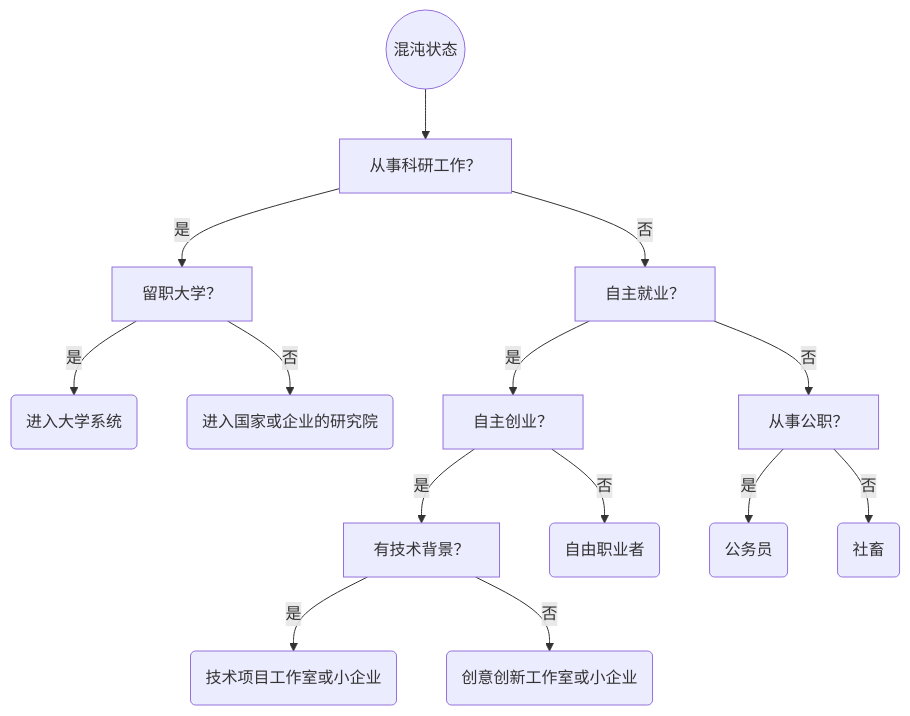
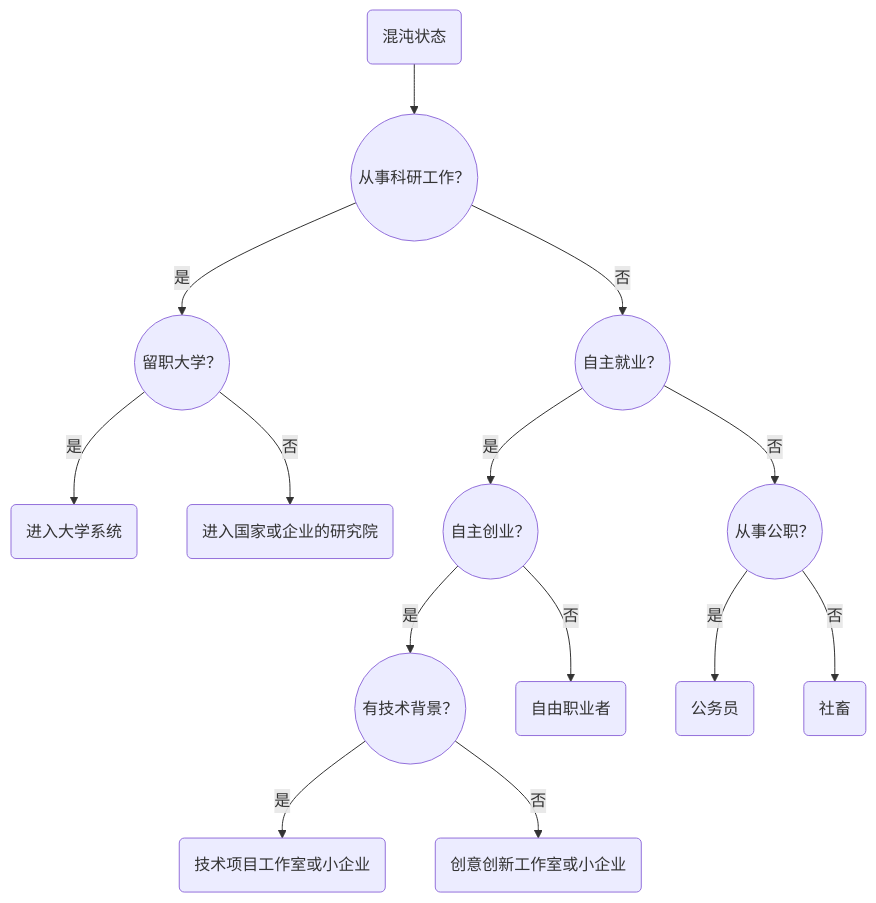
One commit to Riumin/espresso-matrix changed the diagram in _posts/2019-07-21-instruction-manual.md. Above: the diagram before and after it, drawn with Mermaid. The commit also changed other lines of this file and 313 other files, not shown here.

```diff
--- a/_posts/2019-07-21-instruction-manual.md
+++ b/_posts/2019-07-21-instruction-manual.md
@@ -144,17 +151,17 @@
 <div class="mermaid" align="center">
 graph TD
-id1(("混沌状态"))
-id1-->id2["从事科研工作？"]
-id2 --是--> id3["留职大学？"]
-id2 --否--> idd["自主就业？"]
+id1("混沌状态")
+id1-->id2(("从事科研工作？"))
+id2 --是--> id3(("留职大学？"))
+id2 --否--> idd(("自主就业？"))
 id3 --是--> id5("进入大学系统")
 id3 --否--> id6("进入国家或企业的研究院")
-idd --是--> id4["自主创业？"]
-id4 --是--> id7["有技术背景？"]
-idd --否--> id8["从事公职？"]
+idd --是--> id4(("自主创业？"))
+id4 --是--> id7(("有技术背景？"))
+idd --否--> id8(("从事公职？"))
 id7 --是--> id9("技术项目工作室或小企业")
 id7 --否--> ida("创意创新工作室或小企业")
 id8 --是--> idb("公务员")
 id8 --否--> idc("社畜")
 id4 --否--> ide("自由职业者")
 </div>
```
